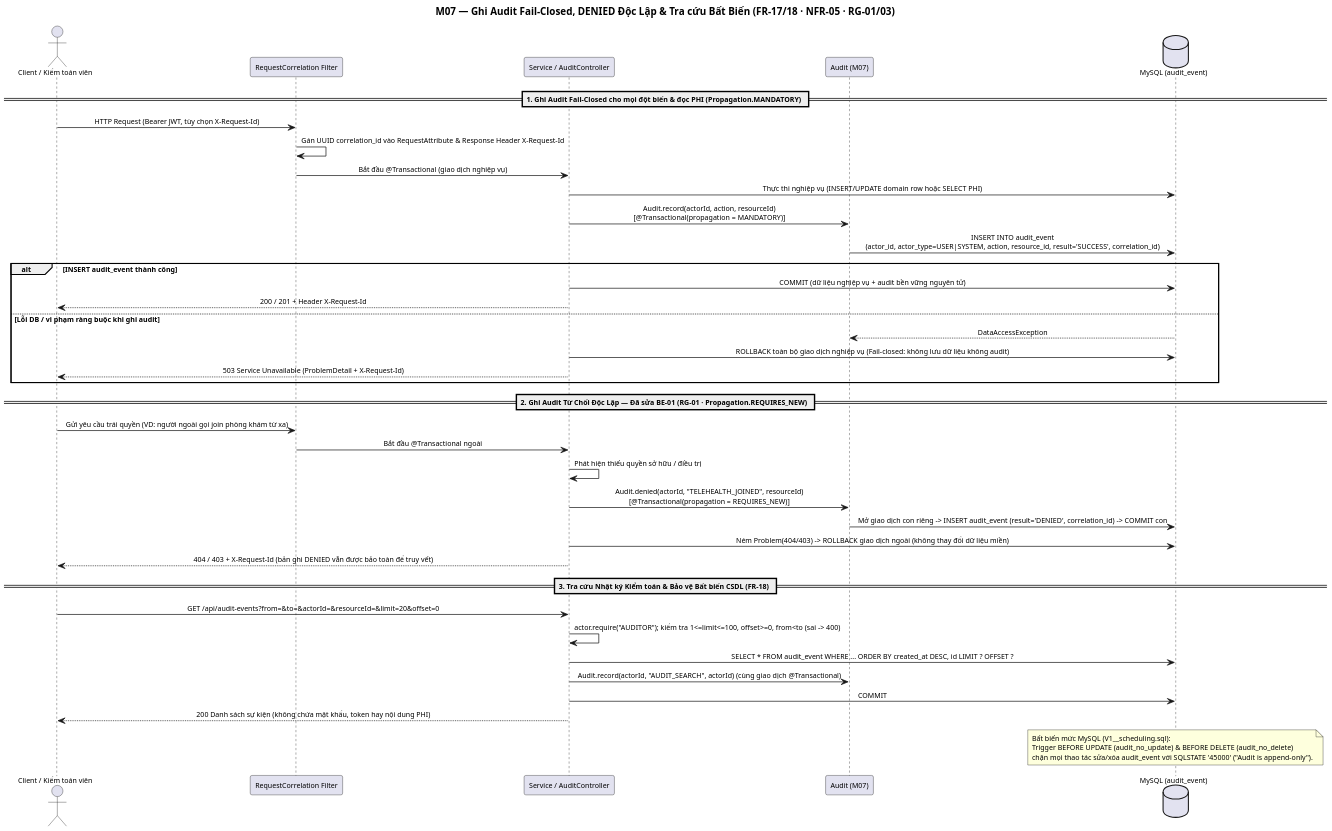
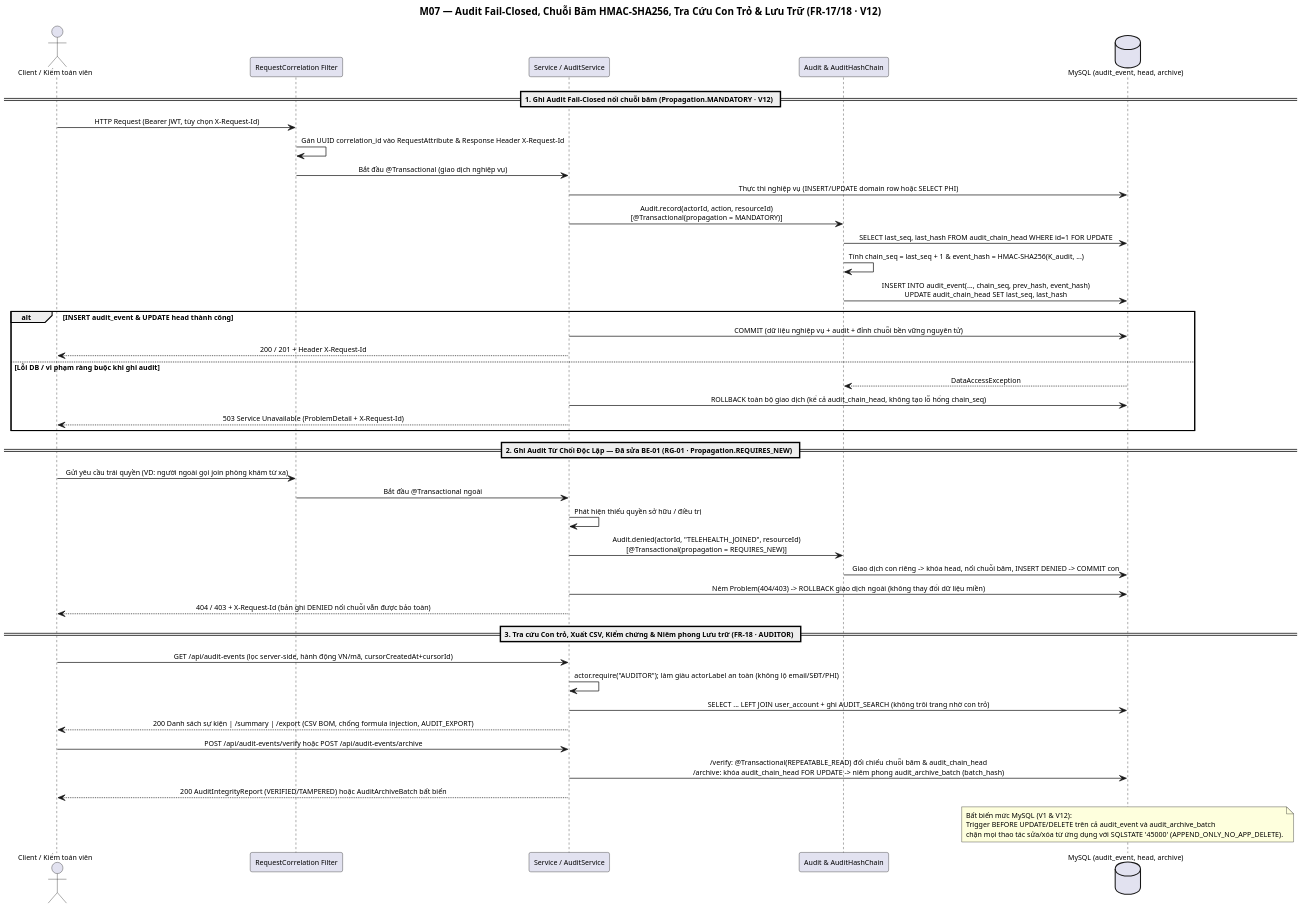
One commit to Samie32/SE-project changed the diagram in docs/design/sequence-diagrams/audit-fail-closed.puml. Above: the diagram before and after it, drawn with PlantUML. The commit also changed 22 other files, not shown here.

Commit message:
Sửa lỗi đồng thời, tìm kiếm tiếng Việt, xuất CSV và đồng bộ sơ đồ kiểm toán

```diff
--- a/docs/design/sequence-diagrams/audit-fail-closed.puml
+++ b/docs/design/sequence-diagrams/audit-fail-closed.puml
@@ -1,59 +1,63 @@
 @startuml audit-fail-closed
-title M07 — Ghi Audit Fail-Closed, DENIED Độc Lập & Tra cứu Bất Biến (FR-17/18 · NFR-05 · RG-01/03)
+title M07 — Audit Fail-Closed, Chuỗi Băm HMAC-SHA256, Tra Cứu Con Trỏ & Lưu Trữ (FR-17/18 · V12)
 
 skinparam sequenceMessageAlign center
 skinparam responseMessageBelowArrow true
 skinparam ParticipantPadding 10
 skinparam BoxPadding 8
 skinparam shadowing false
 skinparam defaultFontName Arial
 skinparam defaultFontSize 10
 skinparam dpi 150
 
 actor       "Client / Kiểm toán viên"     as U
 participant "RequestCorrelation Filter"   as FLT
-participant "Service / AuditController"   as SVC
-participant "Audit (M07)"                 as AUD
-database    "MySQL (audit_event)"         as DB
+participant "Service / AuditService"      as SVC
+participant "Audit & AuditHashChain"      as AUD
+database    "MySQL (audit_event, head, archive)" as DB
 
-== 1. Ghi Audit Fail-Closed cho mọi đột biến & đọc PHI (Propagation.MANDATORY) ==
+== 1. Ghi Audit Fail-Closed nối chuỗi băm (Propagation.MANDATORY · V12) ==
 U   -> FLT : HTTP Request (Bearer JWT, tùy chọn X-Request-Id)
 FLT -> FLT : Gán UUID correlation_id vào RequestAttribute & Response Header X-Request-Id
 FLT -> SVC : Bắt đầu @Transactional (giao dịch nghiệp vụ)
 SVC -> DB  : Thực thi nghiệp vụ (INSERT/UPDATE domain row hoặc SELECT PHI)
 SVC -> AUD : Audit.record(actorId, action, resourceId)\n[@Transactional(propagation = MANDATORY)]
-AUD -> DB  : INSERT INTO audit_event\n(actor_id, actor_type=USER|SYSTEM, action, resource_id, result='SUCCESS', correlation_id)
+AUD -> DB  : SELECT last_seq, last_hash FROM audit_chain_head WHERE id=1 FOR UPDATE
+AUD -> AUD : Tính chain_seq = last_seq + 1 & event_hash = HMAC-SHA256(K_audit, ...)
+AUD -> DB  : INSERT INTO audit_event(..., chain_seq, prev_hash, event_hash)\nUPDATE audit_chain_head SET last_seq, last_hash
 
-alt INSERT audit_event thành công
-  SVC -> DB : COMMIT (dữ liệu nghiệp vụ + audit bền vững nguyên tử)
+alt INSERT audit_event & UPDATE head thành công
+  SVC -> DB : COMMIT (dữ liệu nghiệp vụ + audit + đỉnh chuỗi bền vững nguyên tử)
   SVC --> U : 200 / 201 + Header X-Request-Id
 else Lỗi DB / vi phạm ràng buộc khi ghi audit
   DB  --> AUD : DataAccessException
-  SVC -> DB   : ROLLBACK toàn bộ giao dịch nghiệp vụ (Fail-closed: không lưu dữ liệu không audit)
+  SVC -> DB   : ROLLBACK toàn bộ giao dịch (kể cả audit_chain_head, không tạo lỗ hổng chain_seq)
   SVC --> U   : 503 Service Unavailable (ProblemDetail + X-Request-Id)
 end
 
 == 2. Ghi Audit Từ Chối Độc Lập — Đã sửa BE-01 (RG-01 · Propagation.REQUIRES_NEW) ==
 U   -> FLT : Gửi yêu cầu trái quyền (VD: người ngoài gọi join phòng khám từ xa)
 FLT -> SVC : Bắt đầu @Transactional ngoài
 SVC -> SVC : Phát hiện thiếu quyền sở hữu / điều trị
 SVC -> AUD : Audit.denied(actorId, "TELEHEALTH_JOINED", resourceId)\n[@Transactional(propagation = REQUIRES_NEW)]
-AUD -> DB  : Mở giao dịch con riêng -> INSERT audit_event (result='DENIED', correlation_id) -> COMMIT con
+AUD -> DB  : Giao dịch con riêng -> khóa head, nối chuỗi băm, INSERT DENIED -> COMMIT con
 SVC -> DB  : Ném Problem(404/403) -> ROLLBACK giao dịch ngoài (không thay đổi dữ liệu miền)
-SVC --> U  : 404 / 403 + X-Request-Id (bản ghi DENIED vẫn được bảo toàn để truy vết)
+SVC --> U  : 404 / 403 + X-Request-Id (bản ghi DENIED nối chuỗi vẫn được bảo toàn)
 
-== 3. Tra cứu Nhật ký Kiểm toán & Bảo vệ Bất biến CSDL (FR-18) ==
-U   -> SVC : GET /api/audit-events?from=&to=&actorId=&resourceId=&limit=20&offset=0
-SVC -> SVC : actor.require("AUDITOR"); kiểm tra 1<=limit<=100, offset>=0, from<to (sai -> 400)
-SVC -> DB  : SELECT * FROM audit_event WHERE ... ORDER BY created_at DESC, id LIMIT ? OFFSET ?
-SVC -> AUD : Audit.record(actorId, "AUDIT_SEARCH", actorId) (cùng giao dịch @Transactional)
-SVC -> DB  : COMMIT
-SVC --> U  : 200 Danh sách sự kiện (không chứa mật khẩu, token hay nội dung PHI)
+== 3. Tra cứu Con trỏ, Xuất CSV, Kiểm chứng & Niêm phong Lưu trữ (FR-18 · AUDITOR) ==
+U   -> SVC : GET /api/audit-events (lọc server-side, hành động VN/mã, cursorCreatedAt+cursorId)
+SVC -> SVC : actor.require("AUDITOR"); làm giàu actorLabel an toàn (không lộ email/SĐT/PHI)
+SVC -> DB  : SELECT ... LEFT JOIN user_account + ghi AUDIT_SEARCH (không trôi trang nhờ con trỏ)
+SVC --> U  : 200 Danh sách sự kiện | /summary | /export (CSV BOM, chống formula injection, AUDIT_EXPORT)
+
+U   -> SVC : POST /api/audit-events/verify hoặc POST /api/audit-events/archive
+SVC -> DB  : /verify: @Transactional(REPEATABLE_READ) đối chiếu chuỗi băm & audit_chain_head\n/archive: khóa audit_chain_head FOR UPDATE -> niêm phong audit_archive_batch (batch_hash)
+SVC --> U  : 200 AuditIntegrityReport (VERIFIED/TAMPERED) hoặc AuditArchiveBatch bất biến
 
 note over DB
-  Bất biến mức MySQL (V1__scheduling.sql):
-  Trigger BEFORE UPDATE (audit_no_update) & BEFORE DELETE (audit_no_delete)
-  chặn mọi thao tác sửa/xóa audit_event với SQLSTATE '45000' ("Audit is append-only").
+  Bất biến mức MySQL (V1 & V12):
+  Trigger BEFORE UPDATE/DELETE trên cả audit_event và audit_archive_batch
+  chặn mọi thao tác sửa/xóa từ ứng dụng với SQLSTATE '45000' (APPEND_ONLY_NO_APP_DELETE).
 end note
 
 @enduml
```
